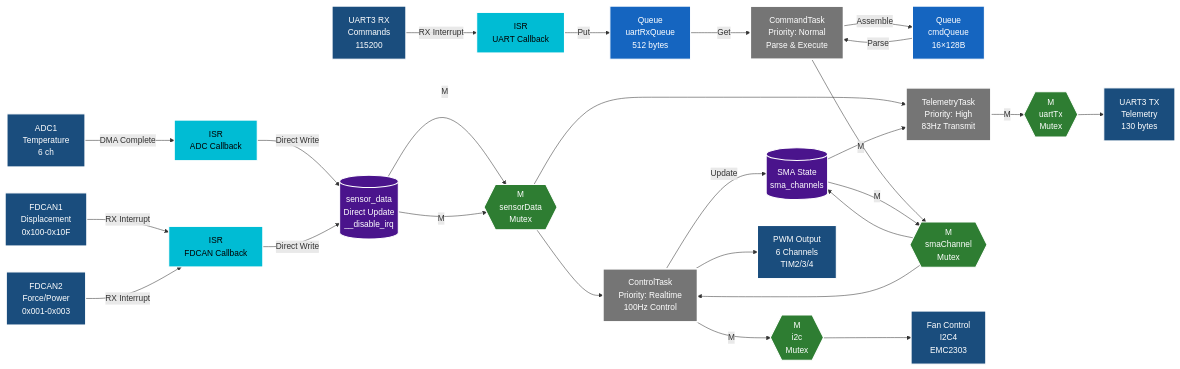
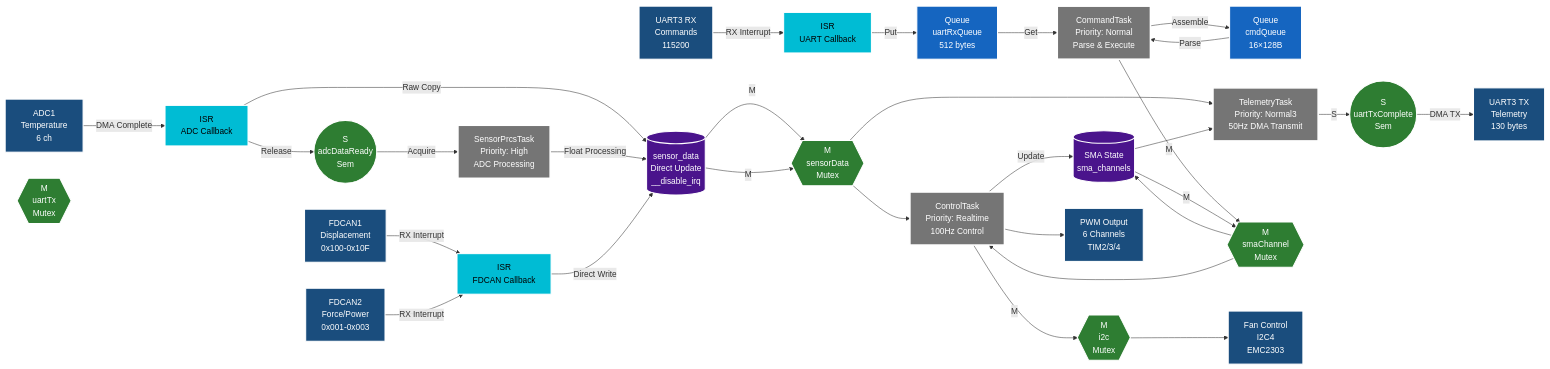
One commit to dongsus41/WR_embedded changed the diagram in docs/RTOS_Architecture.md. Above: the diagram before and after it, drawn with Mermaid. The commit also changed other lines of this file and 76 other files, not shown here.

````diff
--- a/docs/RTOS_Architecture.md
+++ b/docs/RTOS_Architecture.md
@@ -464,13 +578,16 @@
     %% 태스크들
     CMD_TASK[CommandTask<br/>Priority: Normal<br/>Parse & Execute]
     CTRL_TASK[ControlTask<br/>Priority: Realtime<br/>100Hz Control]
-    TELEM_TASK[TelemetryTask<br/>Priority: High<br/>83Hz Transmit]
+    SENSOR_TASK[SensorPrcsTask<br/>Priority: High<br/>ADC Processing]
+    TELEM_TASK[TelemetryTask<br/>Priority: Normal3<br/>50Hz DMA Transmit]
 
     %% 동기화 객체
     M_SENSOR{{M<br/>sensorData<br/>Mutex}}
     M_SMA{{M<br/>smaChannel<br/>Mutex}}
     M_UART{{M<br/>uartTx<br/>Mutex}}
     M_I2C{{M<br/>i2c<br/>Mutex}}
+    S_ADC((S<br/>adcDataReady<br/>Sem))
+    S_UART((S<br/>uartTxComplete<br/>Sem))
 
     %% 중간 처리
     SMA_DATA[(SMA State<br/>sma_channels)]
@@ -487,7 +604,10 @@
     UART_RX -->|RX Interrupt| ISR_UART
 
     %% 연결: ISR → 버퍼
-    ISR_ADC -->|Direct Write| SENSOR_DATA
+    ISR_ADC -->|Raw Copy| SENSOR_DATA
+    ISR_ADC -->|Release| S_ADC
+    S_ADC -->|Acquire| SENSOR_TASK
+    SENSOR_TASK -->|Float Processing| SENSOR_DATA
     ISR_CAN -->|Direct Write| SENSOR_DATA
     ISR_UART -->|Put| UART_Q
 
@@ -514,8 +634,8 @@
     SENSOR_DATA -->|M| M_SENSOR
     M_SENSOR --> TELEM_TASK
     SMA_DATA --> TELEM_TASK
-    TELEM_TASK -->|M| M_UART
-    M_UART --> UART_TX
+    TELEM_TASK -->|S| S_UART
+    S_UART -->|DMA TX| UART_TX
 
     %% 스타일링
     classDef sensorClass fill:#1a4d7d,stroke:#fff,stroke-width:2px,color:#fff
@@ -529,8 +649,9 @@
     class ADC1,CAN1,CAN2,UART_RX sensorClass
     class ISR_ADC,ISR_CAN,ISR_UART isrClass
     class UART_Q,CMD_Q queueClass
-    class CMD_TASK,CTRL_TASK,TELEM_TASK taskClass
+    class CMD_TASK,CTRL_TASK,SENSOR_TASK,TELEM_TASK taskClass
     class M_SENSOR,M_SMA,M_UART,M_I2C mutexClass
+    class S_ADC,S_UART mutexClass
     class SENSOR_DATA,SMA_DATA dataClass
     class PWM_OUT,FAN_OUT,UART_TX outputClass
 ```
````
